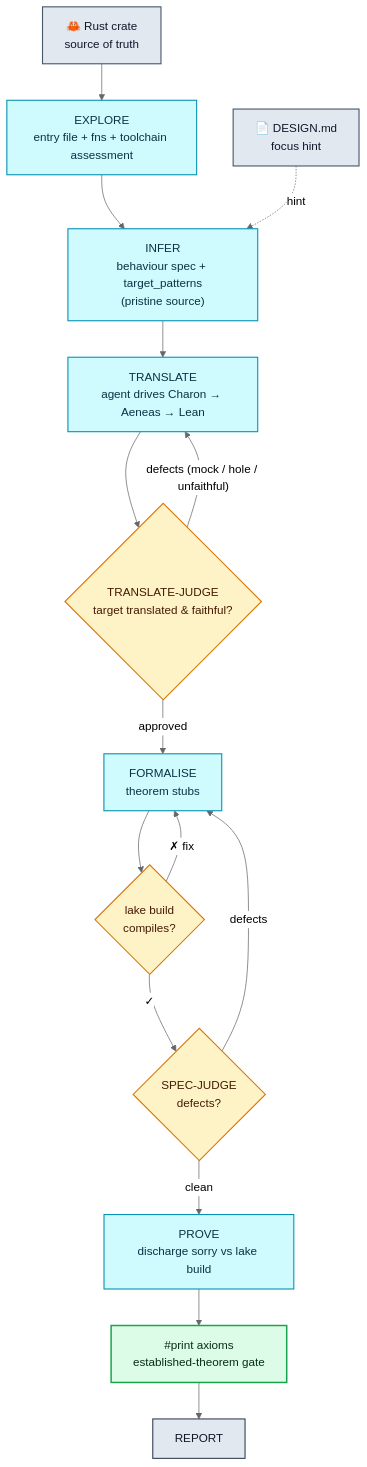
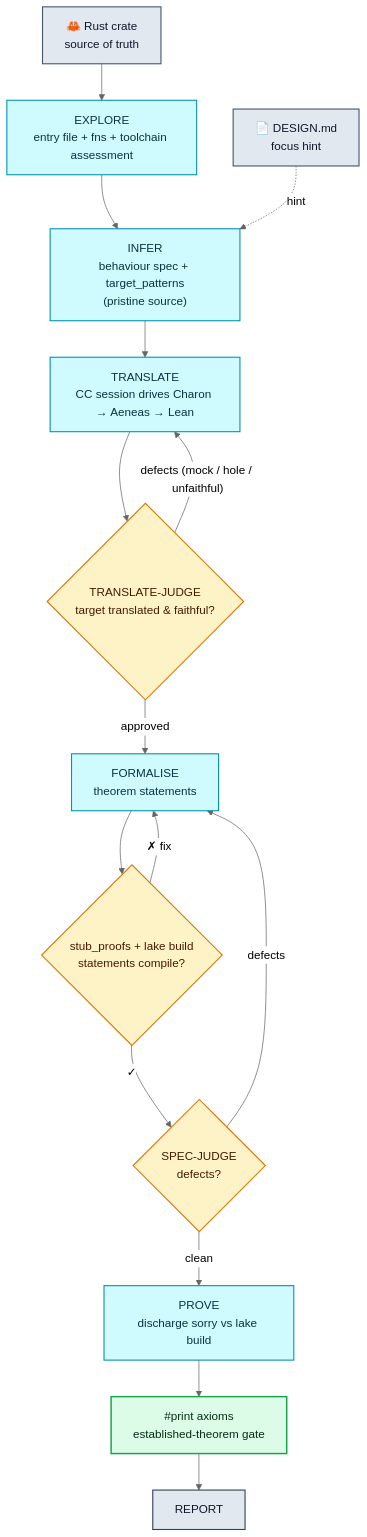
The diagram in README.md (Certora/lusterna), drawn with Mermaid (neutral theme) before and after one commit. The commit also changed other lines of this file and 4 other files, not shown here.

````diff
--- a/README.md
+++ b/README.md
@@ -49,31 +64,31 @@
 ```mermaid
 flowchart TD
   DESIGN["📄 DESIGN.md<br/>focus hint"]:::src
   RUST["🦀 Rust crate<br/>source of truth"]:::src
 
   EXPLORE["EXPLORE<br/>entry file + fns + toolchain assessment"]:::impl
   INFER["INFER<br/>behaviour spec + target_patterns<br/>(pristine source)"]:::impl
-  TRANSLATE["TRANSLATE<br/>agent drives Charon → Aeneas → Lean"]:::impl
+  TRANSLATE["TRANSLATE<br/>CC session drives Charon → Aeneas → Lean"]:::impl
   TJUDGE{"TRANSLATE-JUDGE<br/>target translated & faithful?"}:::gate
-  FORMALISE["FORMALISE<br/>theorem stubs"]:::impl
-  FBUILD{"lake build<br/>compiles?"}:::gate
+  FORMALISE["FORMALISE<br/>theorem statements"]:::impl
+  FBUILD{"stub_proofs + lake build<br/>statements compile?"}:::gate
   SJUDGE{"SPEC-JUDGE<br/>defects?"}:::gate
   PROVE["PROVE<br/>discharge sorry vs lake build"]:::impl
   AXIOMS["#print axioms<br/>established-theorem gate"]:::verify
   REPORT["REPORT"]:::report
 
   RUST --> EXPLORE --> INFER --> TRANSLATE --> TJUDGE
   TJUDGE -- "defects (mock / hole / unfaithful)" --> TRANSLATE
   TJUDGE -- "approved" --> FORMALISE --> FBUILD
   FBUILD -- "✗ fix" --> FORMALISE
   FBUILD -- "✓" --> SJUDGE
   SJUDGE -- "defects" --> FORMALISE
   SJUDGE -- "clean" --> PROVE --> AXIOMS --> REPORT
   DESIGN -. "hint" .-> INFER
 
   classDef src    fill:#e2e8f0,stroke:#475569,stroke-width:1.5px,color:#0f172a;
   classDef impl   fill:#cffafe,stroke:#0891b2,stroke-width:1.5px,color:#083344;
   classDef gate   fill:#fef3c7,stroke:#d97706,stroke-width:1.5px,color:#451a03;
   classDef verify fill:#dcfce7,stroke:#16a34a,stroke-width:2px,color:#052e16;
   classDef report fill:#e2e8f0,stroke:#334155,stroke-width:1.5px,color:#0f172a;
 ```
````
